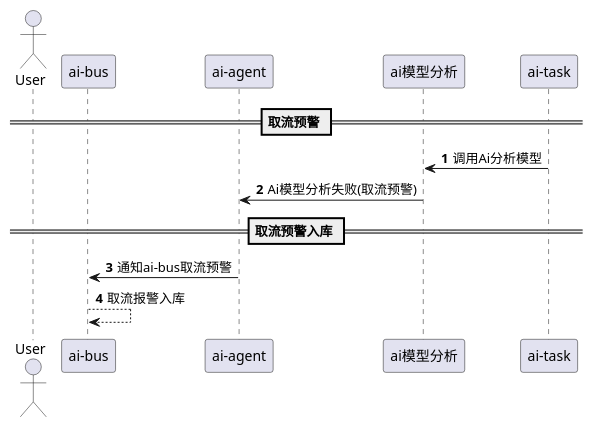
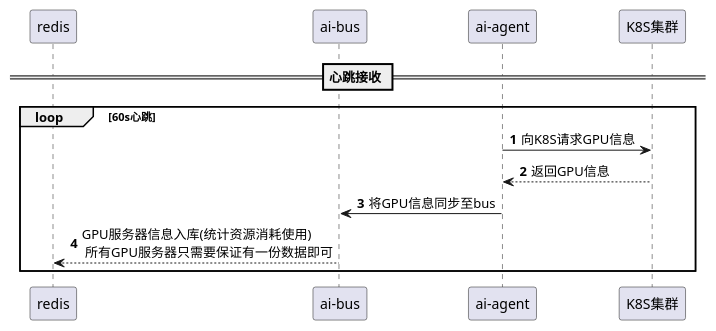
One commit to zjzjzjzj1874/demo changed the diagram in 心跳/GPU心跳接收.puml. Above: the diagram before and after it, drawn with PlantUML. The commit also changed 15 other files, not shown here.

Commit message:
feat:plain uml:how to draw a uml

```diff
--- a/心跳/GPU心跳接收.puml
+++ b/心跳/GPU心跳接收.puml
@@ -1,17 +1,32 @@
 @startuml
+'autonumber
+'== 取流预警 ==
+''actor User as user
+'participant "redis" as redis
+'participant "ai-bus" as bus
+'participant "ai-agent" as agent
+'participant "ai模型分析" as ai
+'participant "ai-task" as task
+'
+'task -> ai : 调用Ai分析模型
+'agent <- ai : Ai模型分析失败(取流预警)
+'
+'== 取流预警入库(缓存) ==
+'agent -> bus : 通知ai-bus取流预警
+'bus --> redis : 取流报警入库(统计资源消耗使用)\n 所有GPU服务器只需要保证有一份数据即可
 autonumber
-== 取流预警 ==
-actor User as user
+== 心跳接收 ==
+participant "redis" as redis
 participant "ai-bus" as bus
 participant "ai-agent" as agent
-participant "ai模型分析" as ai
-participant "ai-task" as task
+participant "K8S集群" as k8s
 
-task -> ai : 调用Ai分析模型
-agent <- ai : Ai模型分析失败(取流预警)
+loop 60s心跳
+    agent -> k8s : 向K8S请求GPU信息
+    agent <-- k8s : 返回GPU信息
+    agent -> bus : 将GPU信息同步至bus
+    bus --> redis : GPU服务器信息入库(统计资源消耗使用)\n 所有GPU服务器只需要保证有一份数据即可
+end
 
-== 取流预警入库 ==
-agent -> bus : 通知ai-bus取流预警
-bus --> bus : 取流报警入库
 
 @enduml
```
